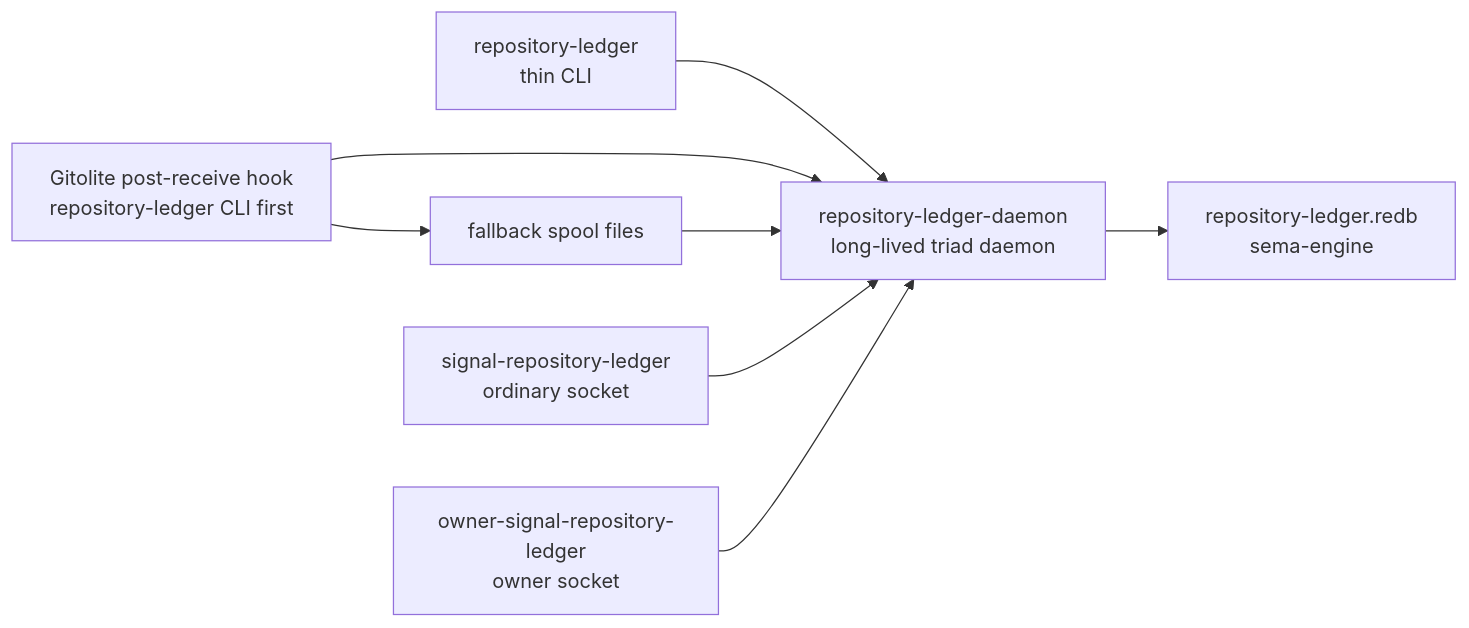
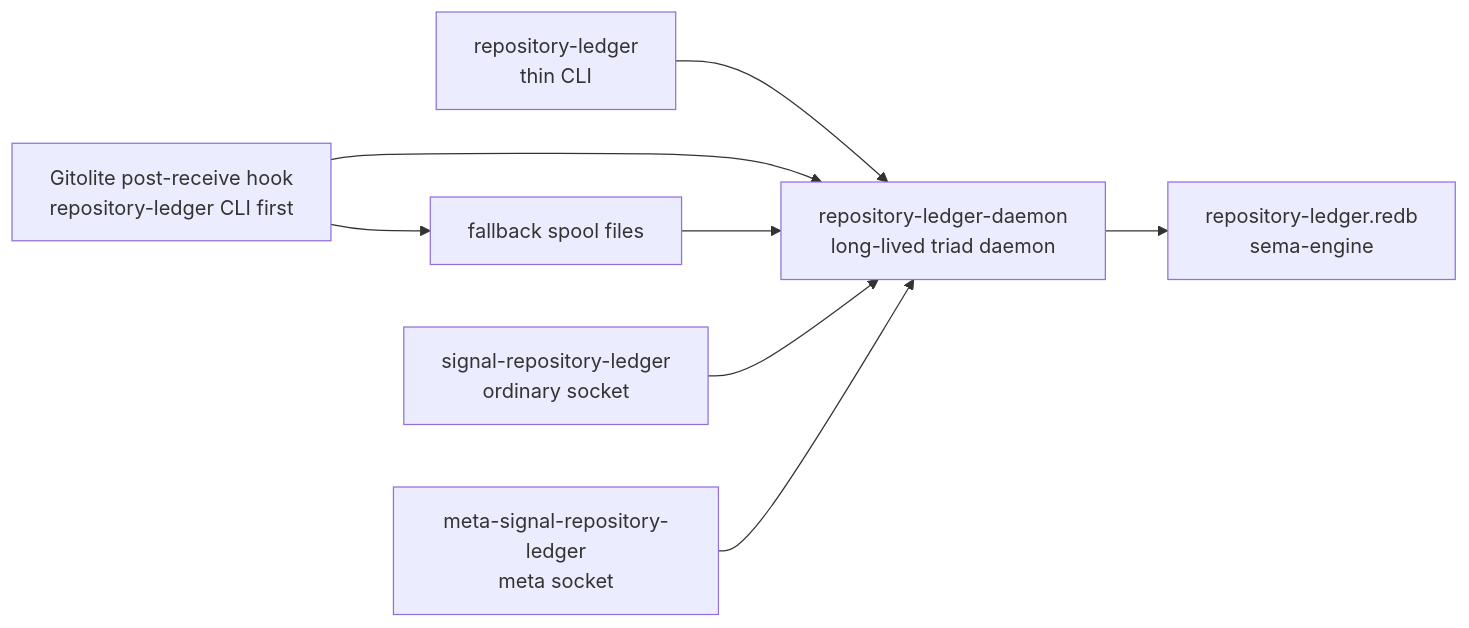
Before and after one commit to LiGoldragon/repository-ledger: the diagram in ARCHITECTURE.md, drawn with Mermaid. The commit also changed other lines of this file and 10 other files, not shown here.

Commit message:
repository-ledger: consume meta signal policy contract

````diff
--- a/ARCHITECTURE.md
+++ b/ARCHITECTURE.md
@@ -15,18 +15,18 @@
 ```mermaid
 flowchart LR
     cli["repository-ledger<br/>thin CLI"]
     daemon["repository-ledger-daemon<br/>long-lived triad daemon"]
     ordinary["signal-repository-ledger<br/>ordinary socket"]
-    owner["owner-signal-repository-ledger<br/>owner socket"]
+    meta["meta-signal-repository-ledger<br/>meta socket"]
     store["repository-ledger.redb<br/>sema-engine"]
     gitolite["Gitolite post-receive hook<br/>repository-ledger CLI first"]
     spool["fallback spool files"]
 
     cli --> daemon
     gitolite --> daemon
     gitolite --> spool
     spool --> daemon
     ordinary --> daemon
-    owner --> daemon
+    meta --> daemon
     daemon --> store
 ```
````
